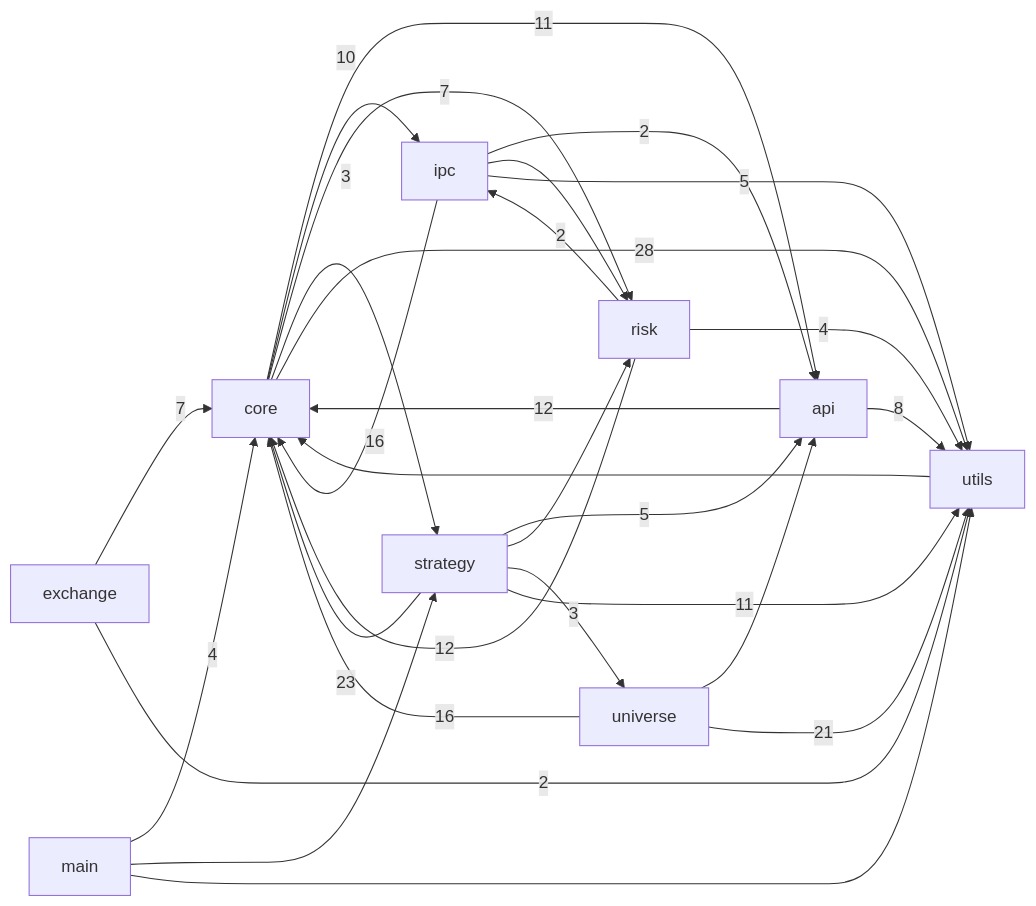
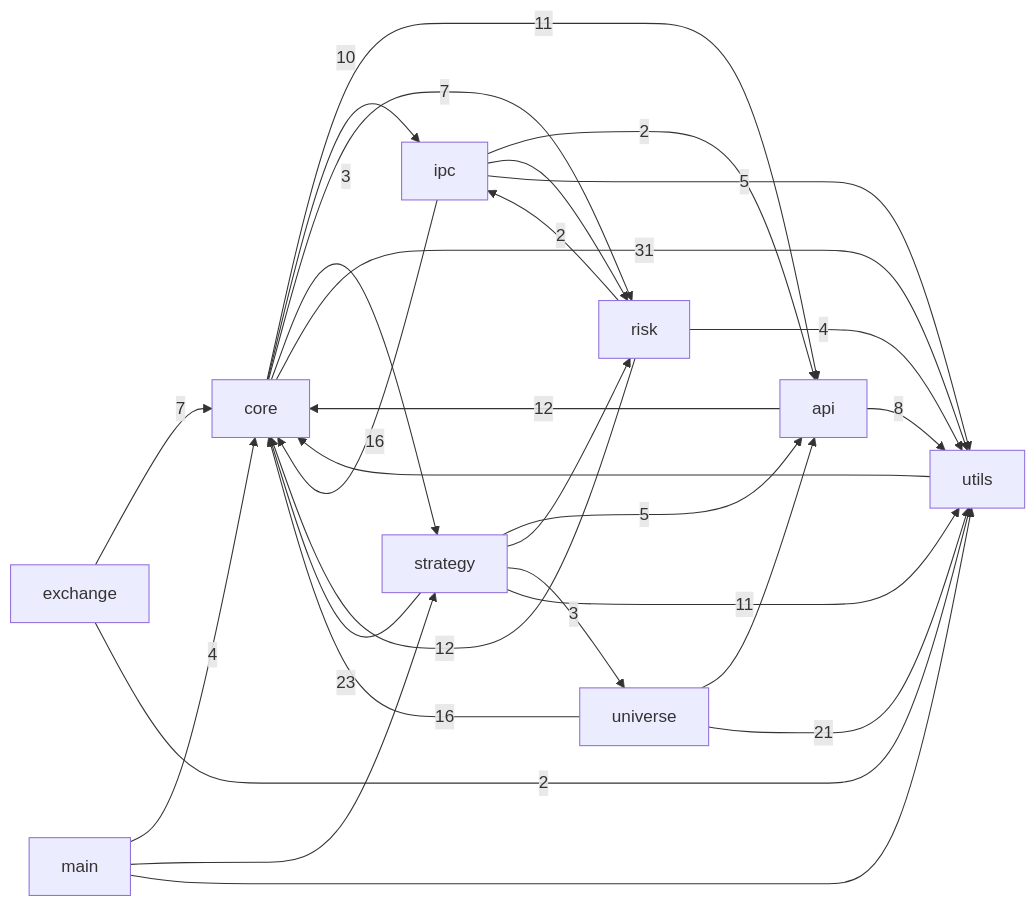
The first of 3 diagrams in docs/CODE_GRAPH.md (pypy8171/Quant), drawn with Mermaid before and after one commit. The commit also changed other lines of this file and 12 other files, not shown here.

````diff
--- a/docs/CODE_GRAPH.md
+++ b/docs/CODE_GRAPH.md
@@ -10,40 +10,40 @@
 ```mermaid
 graph LR
   main[main]
   core[core]
   strategy[strategy]
   api[api]
   universe[universe]
   risk[risk]
   ipc[ipc]
   utils[utils]
   exchange[exchange]
   api -->|12| core
   api -->|8| utils
   core -->|11| api
   core -->|10| ipc
   core -->|7| risk
   core -->|3| strategy
-  core -->|28| utils
+  core -->|31| utils
   exchange -->|7| core
   exchange -->|2| utils
   ipc -->|2| api
   ipc -->|16| core
   ipc --> risk
   ipc -->|5| utils
   main -->|4| core
   main --> strategy
   main --> utils
   risk -->|12| core
   risk -->|2| ipc
   risk -->|4| utils
   strategy -->|5| api
   strategy -->|23| core
   strategy --> risk
   strategy -->|3| universe
   strategy -->|11| utils
   universe --> api
   universe -->|16| core
   universe -->|21| utils
   utils --> core
 ```
````
